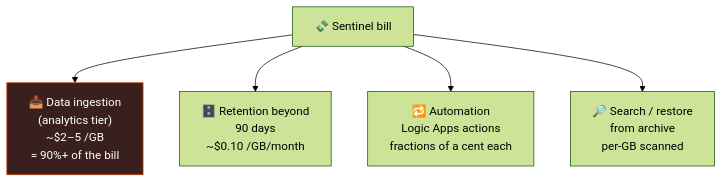
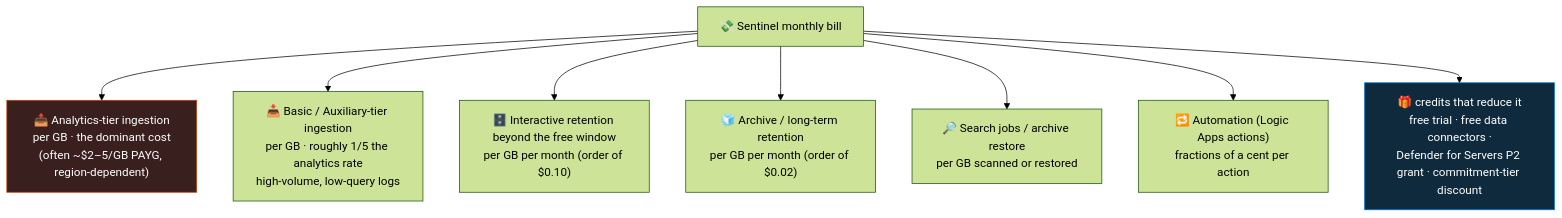
One commit to Tarun2000AD/microsoft-sentinel-live-learning changed the diagram in 06-cost-model-and-budget/README.md. Above: the diagram before and after it, drawn with Mermaid (forest theme). The commit also changed other lines of this file, not shown here.

First line of the commit message:
Deepen step 06 (cost model & budget): two-meter model, Usage-table mechanics, levers table, troubleshooting

````diff
--- a/06-cost-model-and-budget/README.md
+++ b/06-cost-model-and-budget/README.md
@@ -32,8 +64,12 @@
 ```mermaid
 flowchart TD
-    A["💸 Sentinel bill"] --> B["📥 Data ingestion<br/>(analytics tier)<br/>~$2–5 /GB<br/>= 90%+ of the bill"]
-    A --> C["🗄️ Retention beyond<br/>90 days<br/>~$0.10 /GB/month"]
-    A --> D["🔁 Automation<br/>Logic Apps actions<br/>fractions of a cent each"]
-    A --> E["🔎 Search / restore<br/>from archive<br/>per-GB scanned"]
+    A["💸 Sentinel monthly bill"] --> B["📥 Analytics-tier ingestion<br/>per GB · the dominant cost<br/>(often ~$2–5/GB PAYG, region-dependent)"]
+    A --> C["📥 Basic / Auxiliary-tier ingestion<br/>per GB · roughly 1/5 the analytics rate<br/>high-volume, low-query logs"]
+    A --> D["🗄️ Interactive retention beyond the free window<br/>per GB per month (order of $0.10)"]
+    A --> E["🧊 Archive / long-term retention<br/>per GB per month (order of $0.02)"]
+    A --> F["🔎 Search jobs / archive restore<br/>per GB scanned or restored"]
+    A --> G["🔁 Automation (Logic Apps actions)<br/>fractions of a cent per action"]
+    A --> H["🎁 credits that reduce it<br/>free trial · free data connectors ·<br/>Defender for Servers P2 grant · commitment-tier discount"]
     style B fill:#3a1f1f,stroke:#cf3a00,color:#fff
+    style H fill:#0f2a3d,stroke:#0078D4,color:#fff
 ```
````
